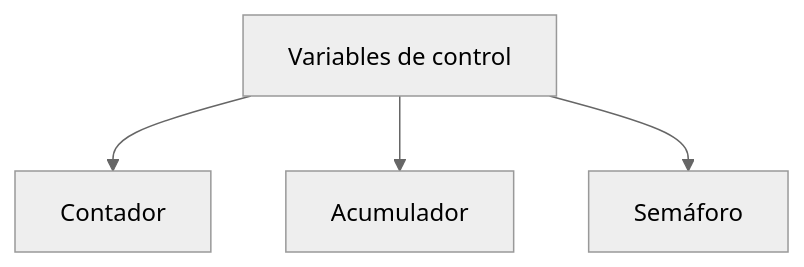
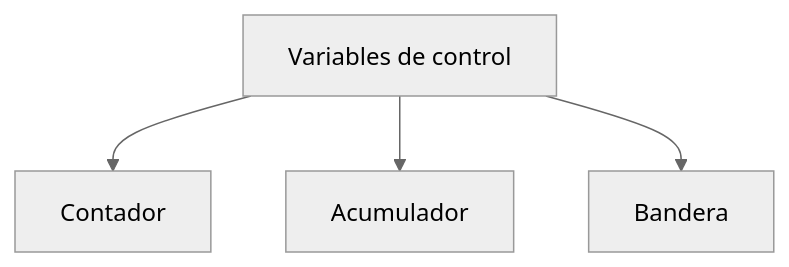
The third of 5 diagrams in docs/programacion-java/ut2-estructuras-control/02-estructuras-repeticion.mdx (Serra-albarregas/cursosdesarrollo), drawn with Mermaid (neutral theme) before and after one commit. The commit also changed other lines of this file, not shown here.

````diff
--- a/docs/programacion-java/ut2-estructuras-control/02-estructuras-repeticion.mdx
+++ b/docs/programacion-java/ut2-estructuras-control/02-estructuras-repeticion.mdx
@@ -70,6 +70,6 @@
 ```mermaid
 flowchart TD
     A[Variables de control] --> B[Contador]
     A --> C[Acumulador]
-    A --> D[Semáforo]
+    A --> D[Bandera]
 ```
````
